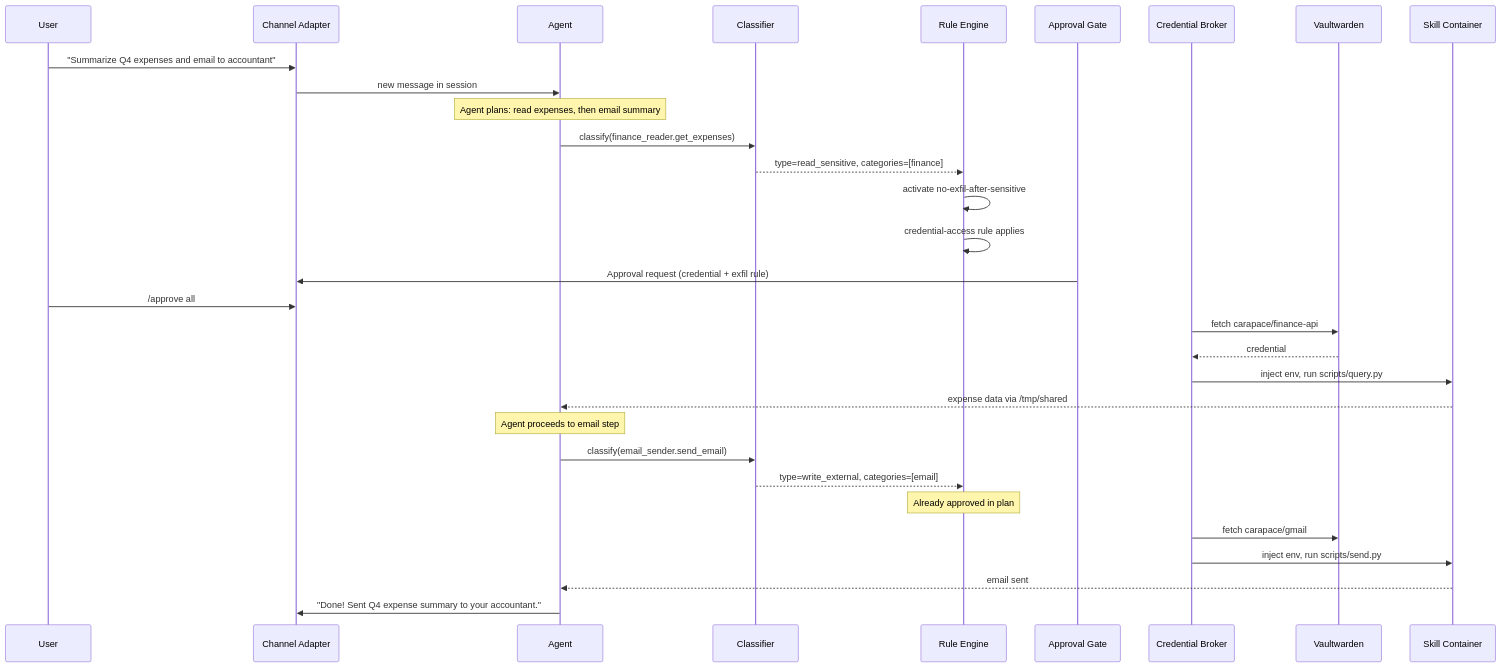
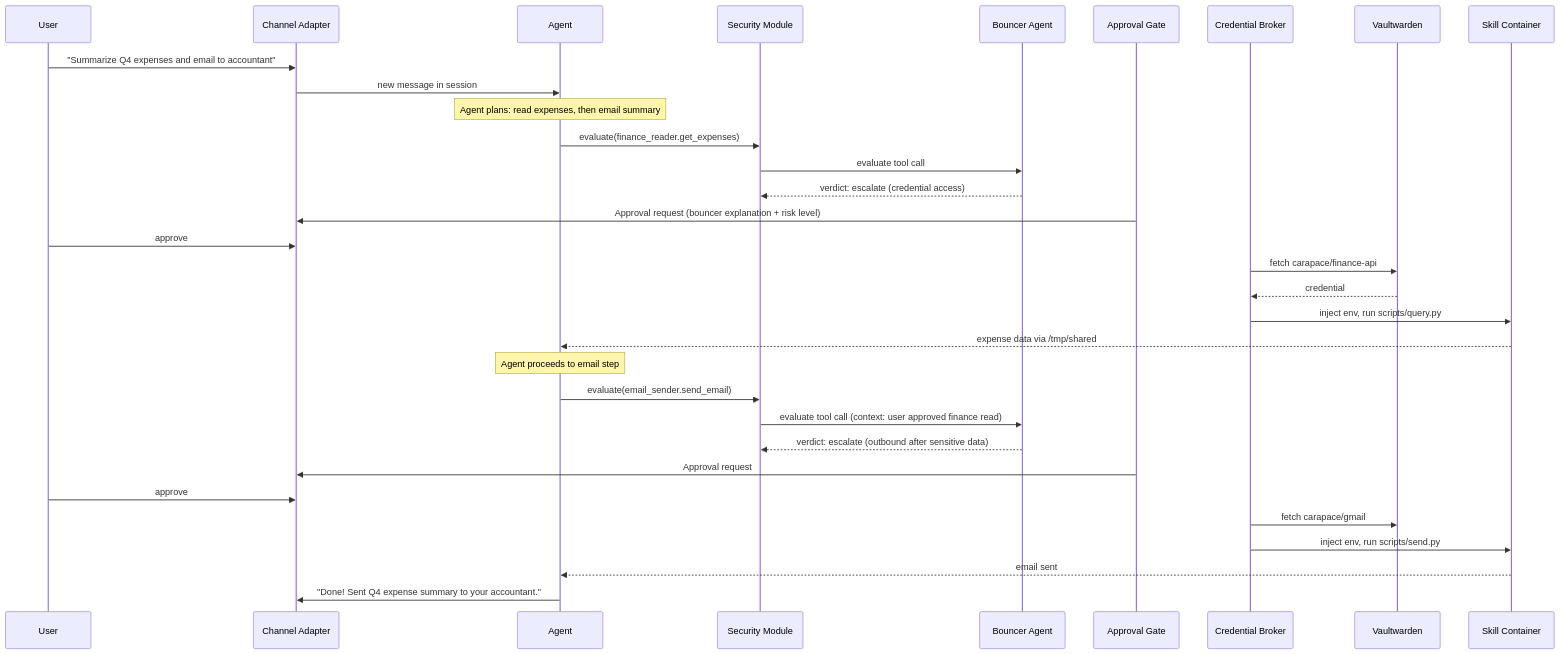
The second of 2 diagrams in docs/architecture.md (thiesgerken/carapace), drawn with Mermaid before and after one commit. The commit also changed other lines of this file and 40 other files, not shown here.

First line of the commit message:
✨ Tool/Proxy Approval via Shadow-Agent  (#39)

````diff
--- a/docs/architecture.md
+++ b/docs/architecture.md
@@ -111,44 +113,44 @@
 ```mermaid
 sequenceDiagram
     participant User
     participant Channel as Channel Adapter
     participant Agent
-    participant Classifier
-    participant RuleEngine as Rule Engine
+    participant Security as Security Module
+    participant Bouncer as Bouncer Agent
     participant Gate as Approval Gate
     participant CredBroker as Credential Broker
     participant Vault as Vaultwarden
     participant SkillCtr as Skill Container
 
     User->>Channel: "Summarize Q4 expenses and email to accountant"
     Channel->>Agent: new message in session
 
     Note over Agent: Agent plans: read expenses, then email summary
 
-    Agent->>Classifier: classify(finance_reader.get_expenses)
-    Classifier-->>RuleEngine: type=read_sensitive, categories=[finance]
+    Agent->>Security: evaluate(finance_reader.get_expenses)
+    Security->>Bouncer: evaluate tool call
+    Bouncer-->>Security: verdict: escalate (credential access)
 
-    RuleEngine->>RuleEngine: activate no-exfil-after-sensitive
-    RuleEngine->>RuleEngine: credential-access rule applies
-
-    Gate->>Channel: Approval request (credential + exfil rule)
-    User->>Channel: /approve all
+    Gate->>Channel: Approval request (bouncer explanation + risk level)
+    User->>Channel: approve
 
     CredBroker->>Vault: fetch carapace/finance-api
     Vault-->>CredBroker: credential
     CredBroker->>SkillCtr: inject env, run scripts/query.py
     SkillCtr-->>Agent: expense data via /tmp/shared
 
     Note over Agent: Agent proceeds to email step
 
-    Agent->>Classifier: classify(email_sender.send_email)
-    Classifier-->>RuleEngine: type=write_external, categories=[email]
+    Agent->>Security: evaluate(email_sender.send_email)
+    Security->>Bouncer: evaluate tool call (context: user approved finance read)
+    Bouncer-->>Security: verdict: escalate (outbound after sensitive data)
 
-    Note over RuleEngine: Already approved in plan
+    Gate->>Channel: Approval request
+    User->>Channel: approve
 
     CredBroker->>Vault: fetch carapace/gmail
     CredBroker->>SkillCtr: inject env, run scripts/send.py
     SkillCtr-->>Agent: email sent
 
     Agent->>Channel: "Done! Sent Q4 expense summary to your accountant."
 ```
````
